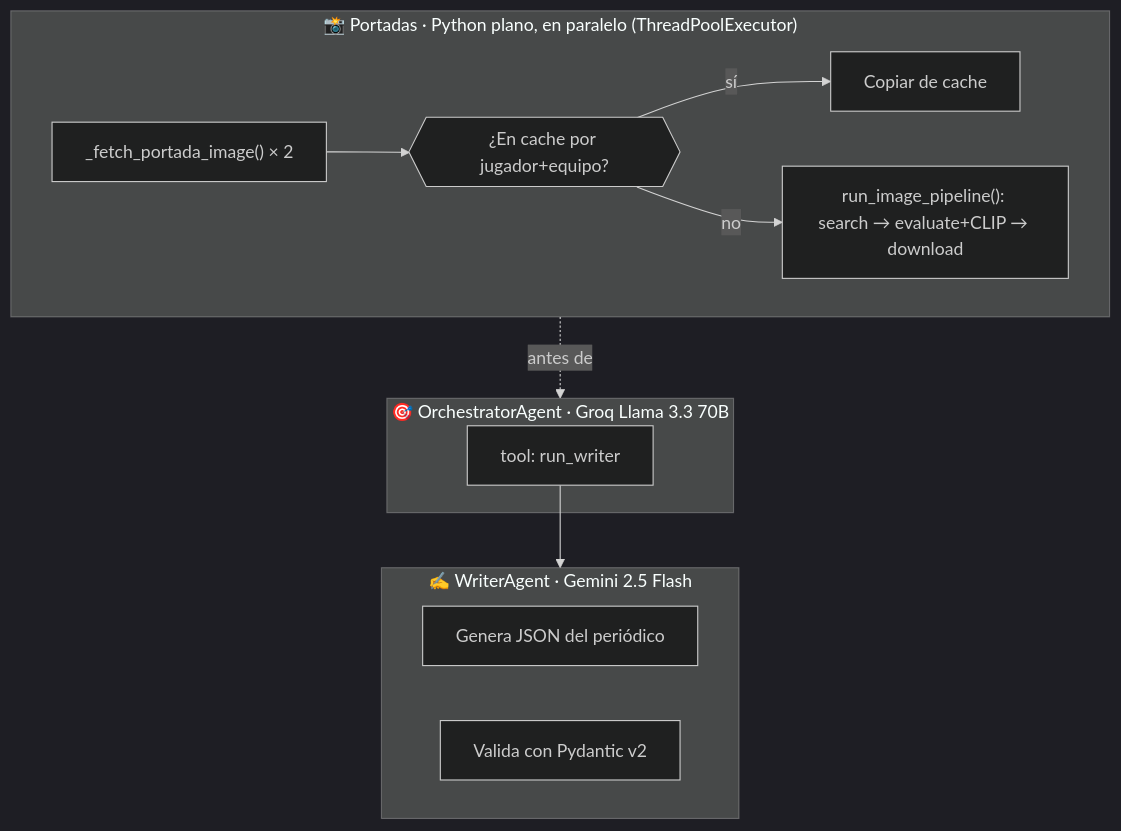
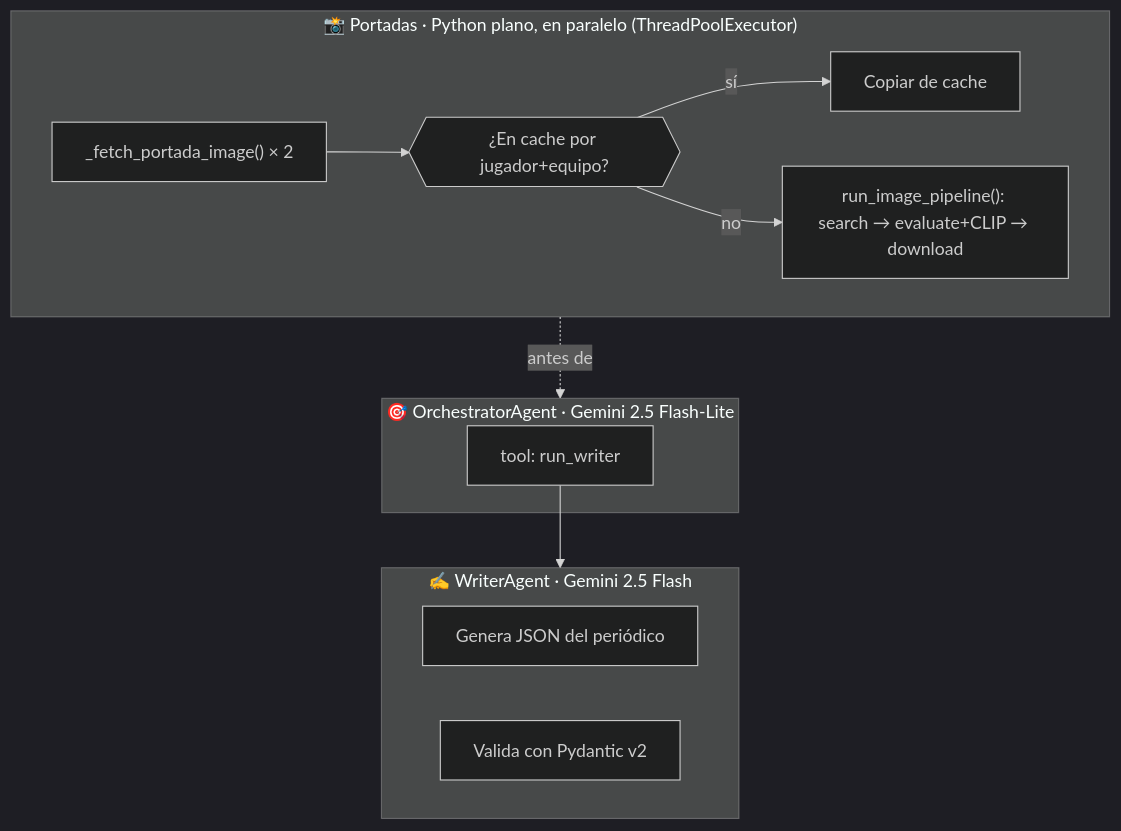
Before and after one commit to javica98/MisterFantasy_analytics: the diagram in docs/pipeline/newspaper.md, drawn with Mermaid (dark theme). The commit also changed other lines of this file and 23 other files, not shown here.

````diff
--- a/docs/pipeline/newspaper.md
+++ b/docs/pipeline/newspaper.md
@@ -9,23 +9,23 @@
 ```mermaid
 graph TD
     subgraph Parallel["📸 Portadas · Python plano, en paralelo (ThreadPoolExecutor)"]
         P1["_fetch_portada_image() × 2"]
         Cache{{"¿En cache por jugador+equipo?"}}
         Pipe["run_image_pipeline(): search → evaluate+CLIP → download"]
         P1 --> Cache
         Cache -->|sí| Reuse[Copiar de cache]
         Cache -->|no| Pipe
     end
 
-    subgraph Orchestrator["🎯 OrchestratorAgent · Groq Llama 3.3 70B"]
+    subgraph Orchestrator["🎯 OrchestratorAgent · Gemini 2.5 Flash-Lite"]
         T1["tool: run_writer"]
     end
 
     subgraph Writer["✍️ WriterAgent · Gemini 2.5 Flash"]
         W1[Genera JSON del periódico]
         W2[Valida con Pydantic v2]
     end
 
     Parallel -.antes de.-> Orchestrator
     T1 --> Writer
 ```
````
